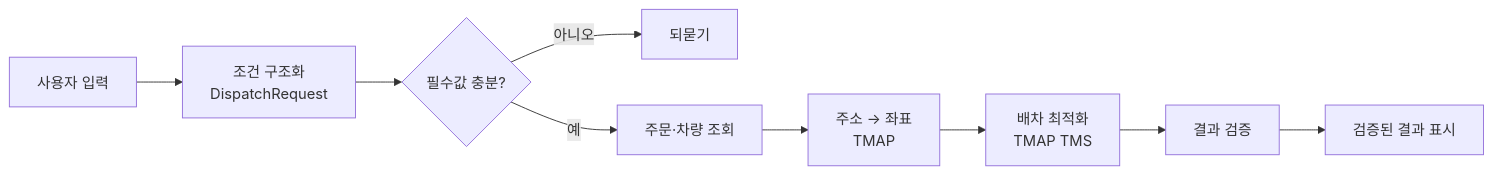
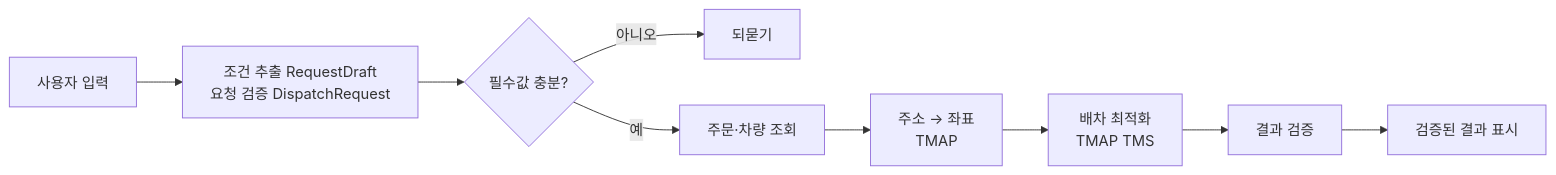
Before and after one commit to kchanis1223/GenerativeAI_Dev_0910: the diagram in README.md, drawn with Mermaid. The commit also changed other lines of this file and 7 other files, not shown here.

````diff
--- a/README.md
+++ b/README.md
@@ -11,11 +11,11 @@
 ```mermaid
 flowchart LR
-  U[사용자 입력] --> S[조건 구조화<br/>DispatchRequest]
+  U[사용자 입력] --> S[조건 추출 RequestDraft<br/>요청 검증 DispatchRequest]
   S --> C{필수값 충분?}
   C -- 아니오 --> Q[되묻기]
   C -- 예 --> T[주문·차량 조회]
   T --> G[주소 → 좌표<br/>TMAP]
   G --> D[배차 최적화<br/>TMAP TMS]
   D --> V[결과 검증]
   V --> R[검증된 결과 표시]
 ```
````
